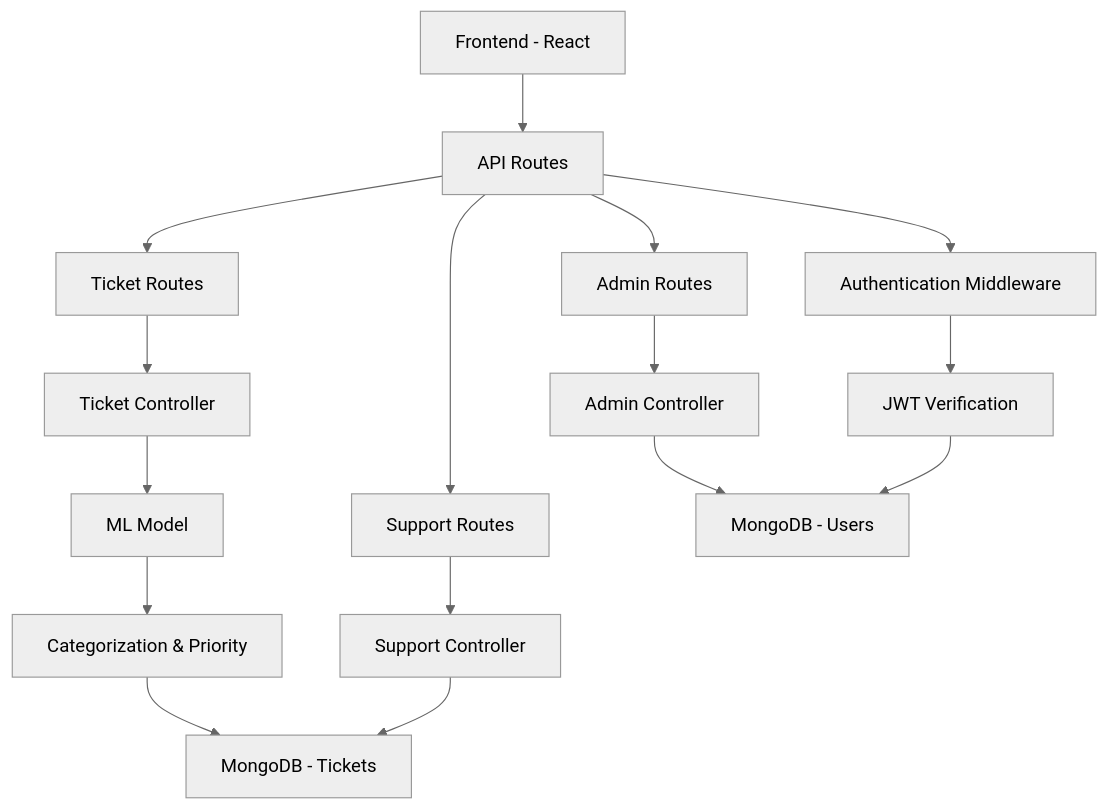
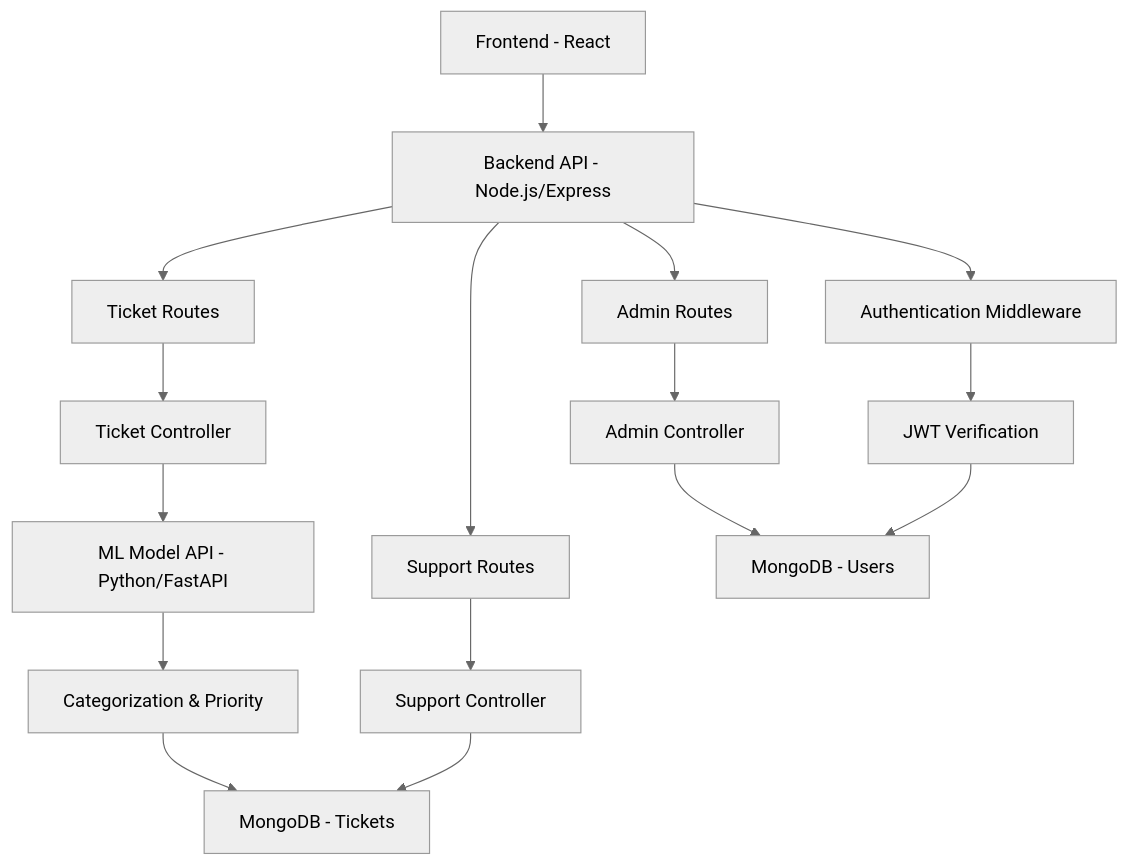
One commit to Sidhartha-Mitta/AI-Ticket-Creation-Categorization changed the diagram in README.md. Above: the diagram before and after it, drawn with Mermaid (neutral theme). The commit also changed other lines of this file and 32 other files, not shown here.

````diff
--- a/README.md
+++ b/README.md
@@ -215,18 +335,18 @@
 ```mermaid
 graph TB
-    A[Frontend - React] --> B[API Routes]
+    A[Frontend - React] --> B[Backend API - Node.js/Express]
     B --> C[Authentication Middleware]
     B --> D[Ticket Routes]
     B --> E[Admin Routes]
     B --> F[Support Routes]
     C --> G[JWT Verification]
     D --> H[Ticket Controller]
     E --> I[Admin Controller]
     F --> J[Support Controller]
-    H --> M[ML Model]
+    H --> M[ML Model API - Python/FastAPI]
     M --> N[Categorization & Priority]
     N --> K[MongoDB - Tickets]
     I --> L[MongoDB - Users]
     J --> K
     G --> L
 ```
````
